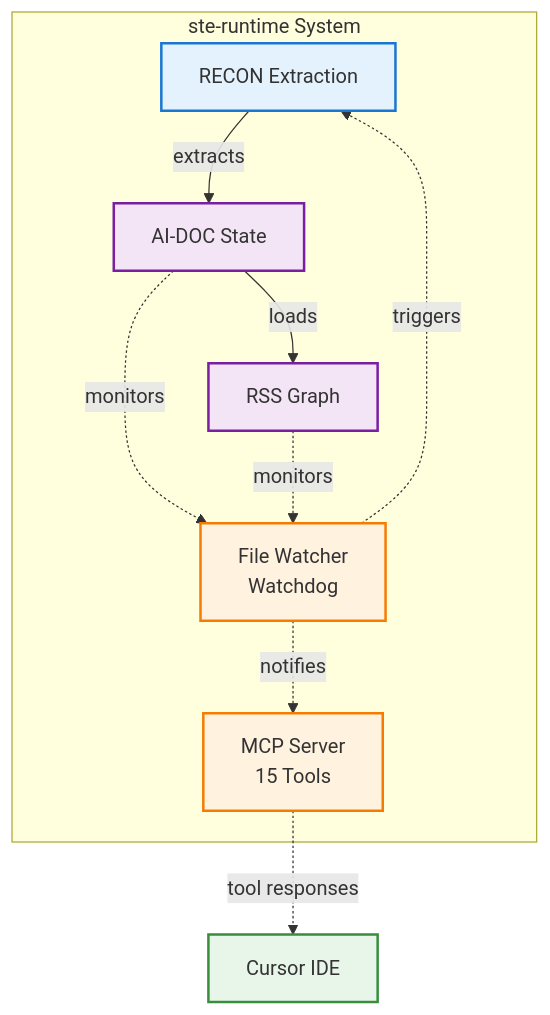
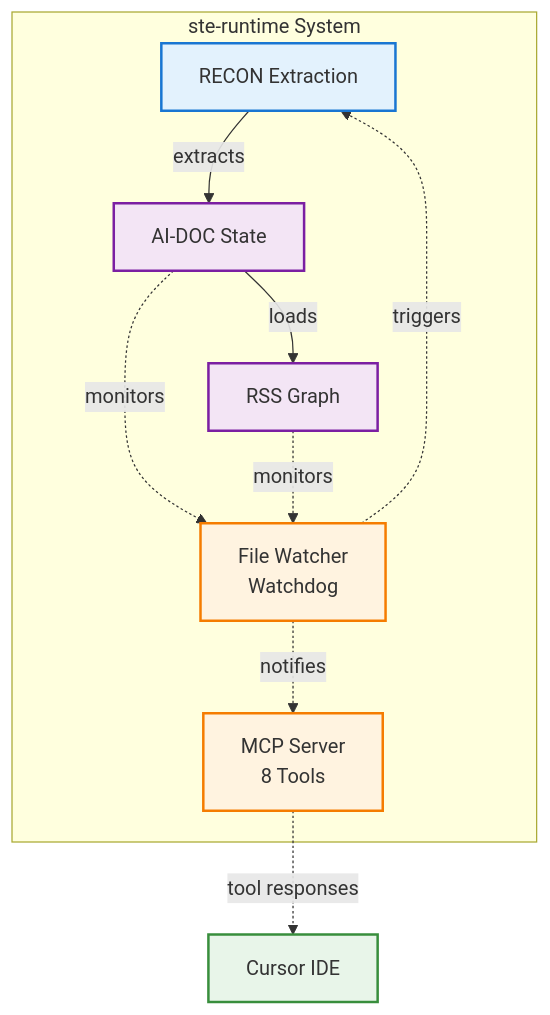
Before and after one commit to egallmann/ste-runtime: the diagram in documentation/architecture.md, drawn with Mermaid. The commit also changed other lines of this file and 10 other files, not shown here.

Commit message:
Update documentation for current MCP tools

````diff
--- a/documentation/architecture.md
+++ b/documentation/architecture.md
@@ -42,34 +42,34 @@
 ```mermaid
 flowchart TB
     subgraph "ste-runtime System"
         RECON[RECON Extraction]
         AIDoc[AI-DOC State]
         RSS[RSS Graph]
         Watchdog[File Watcher<br/>Watchdog]
-        MCP[MCP Server<br/>15 Tools]
+        MCP[MCP Server<br/>8 Tools]
     end
     
     Cursor[Cursor IDE]
     
     %% Primary data flow (solid)
     RECON -->|extracts| AIDoc
     AIDoc -->|loads| RSS
     Watchdog -.->|triggers| RECON
     
     %% Control/notification flow (dashed)
     AIDoc -.->|monitors| Watchdog
     RSS -.->|monitors| Watchdog
     Watchdog -.->|notifies| MCP
     MCP -.->|tool responses| Cursor
     
     %% Styling
     classDef primary fill:#e3f2fd,stroke:#1976d2,stroke-width:2px
     classDef state fill:#f3e5f5,stroke:#7b1fa2,stroke-width:2px
     classDef control fill:#fff3e0,stroke:#f57c00,stroke-width:2px
     classDef external fill:#e8f5e9,stroke:#388e3c,stroke-width:2px
     
     class RECON primary
     class AIDoc,RSS state
     class Watchdog,MCP control
     class Cursor external
 ```
````
